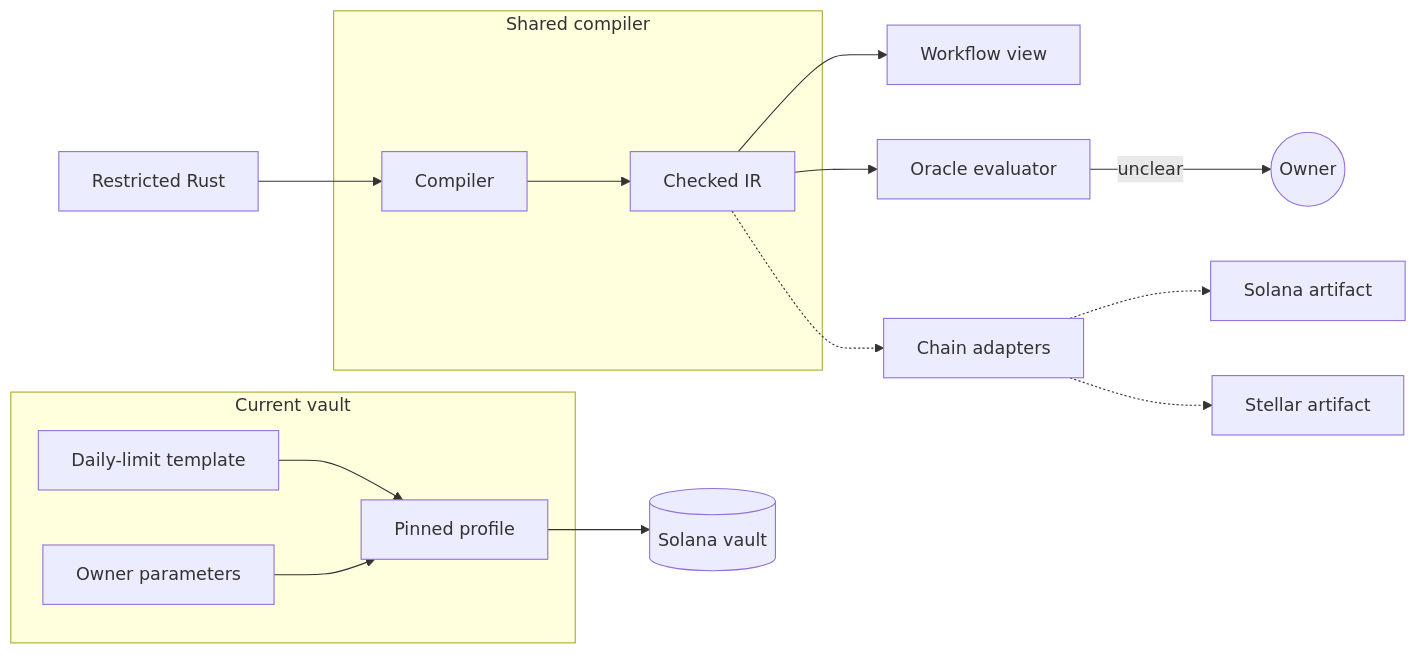
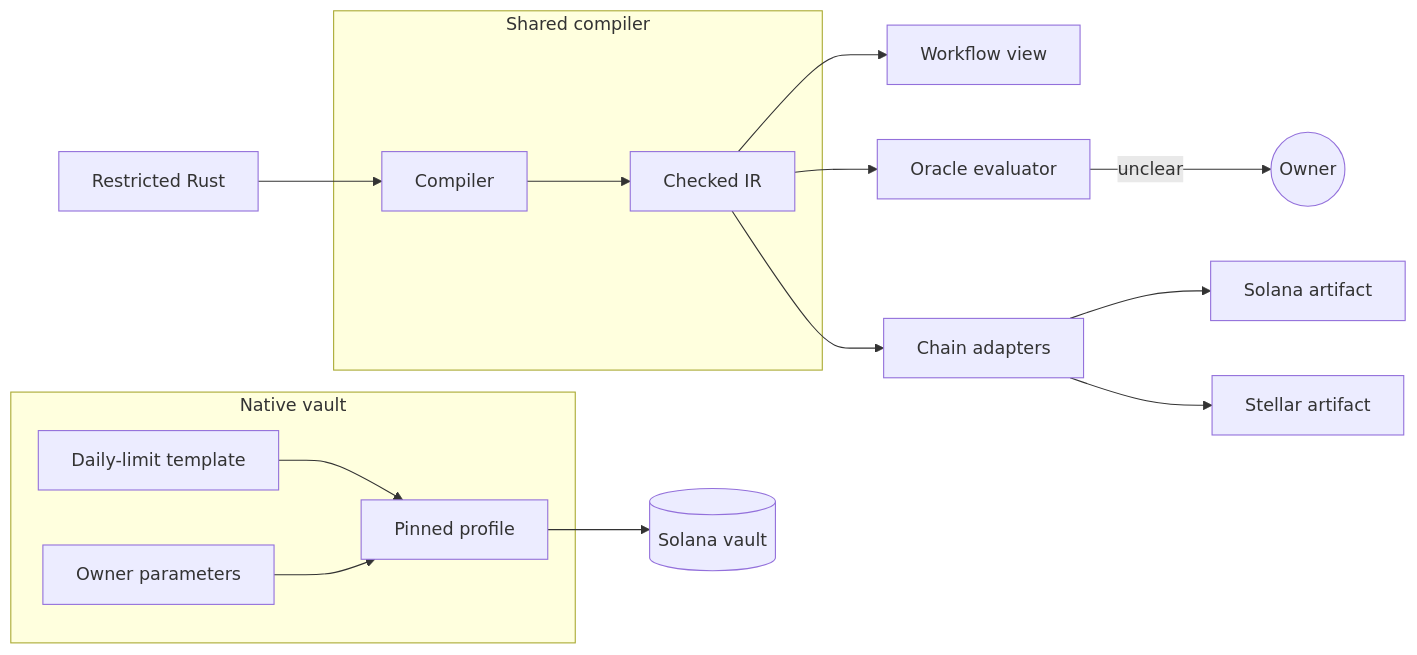
Before and after one commit to AllowIt-hq/Colosseum: the second of 8 diagrams in docs/architecture.md, drawn with Mermaid. The commit also changed other lines of this file and 2 other files, not shown here.

Commit message:
docs: keep delivery status in roadmap

````diff
--- a/docs/architecture.md
+++ b/docs/architecture.md
@@ -35,19 +35,19 @@
 ```mermaid
 flowchart LR
     Src[Restricted Rust]
     subgraph Shared[Shared compiler]
         Comp[Compiler] --> IR[Checked IR]
     end
     Src --> Comp
     IR --> Flow[Workflow view]
     IR --> Oracle[Oracle evaluator]
     Oracle -->|unclear| Owner((Owner))
-    IR -.-> Adapt[Chain adapters]
-    Adapt -.-> Sbf[Solana artifact]
-    Adapt -.-> Wasm[Stellar artifact]
-    subgraph Current[Current vault]
+    IR --> Adapt[Chain adapters]
+    Adapt --> Sbf[Solana artifact]
+    Adapt --> Wasm[Stellar artifact]
+    subgraph Native[Native vault]
         Tmpl[Daily-limit template] --> Prof[Pinned profile]
         Params[Owner parameters] --> Prof
     end
     Prof --> Vault[(Solana vault)]
 ```
````
